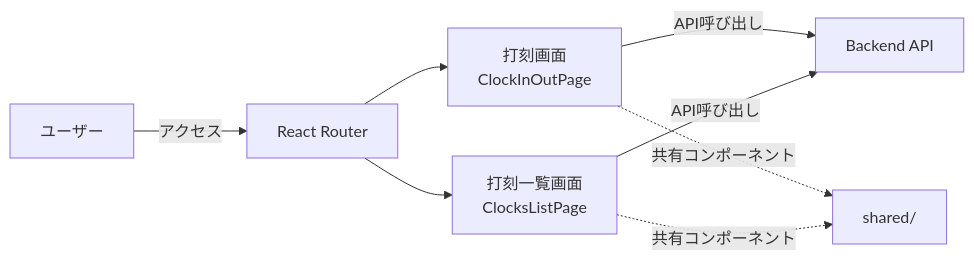
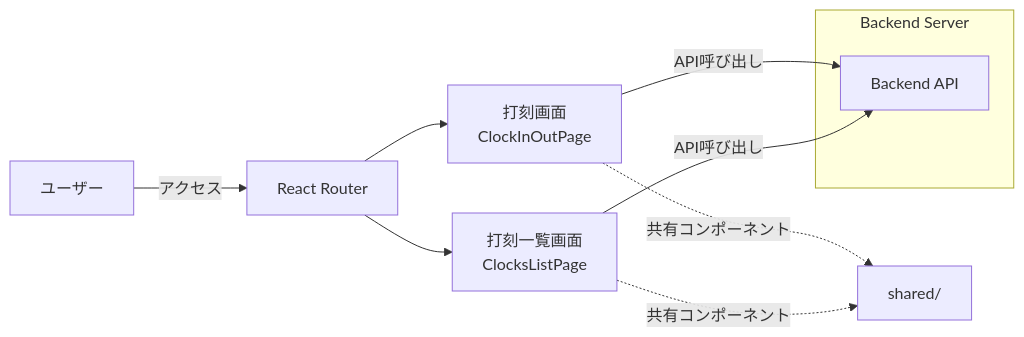
The diagram in apps/frontend/README.md (goataka/attendance-kit), drawn with Mermaid before and after one commit. The commit also changed 1 other file, not shown here.

Commit message:
構成図を改善：横向き表示とサーバー部分の枠追加

````diff
--- a/apps/frontend/README.md
+++ b/apps/frontend/README.md
@@ -7,12 +7,16 @@
 ```mermaid
 graph LR
     User[ユーザー] -->|アクセス| Router[React Router]
     Router --> ClockInOut[打刻画面<br/>ClockInOutPage]
     Router --> ClocksList[打刻一覧画面<br/>ClocksListPage]
     
-    ClockInOut -->|API呼び出し| Backend[Backend API]
-    ClocksList -->|API呼び出し| Backend
-    
     ClockInOut -.共有コンポーネント.-> Shared[shared/]
     ClocksList -.共有コンポーネント.-> Shared
+    
+    subgraph "Backend Server"
+        Backend[Backend API]
+    end
+    
+    ClockInOut -->|API呼び出し| Backend
+    ClocksList -->|API呼び出し| Backend
 ```
````
